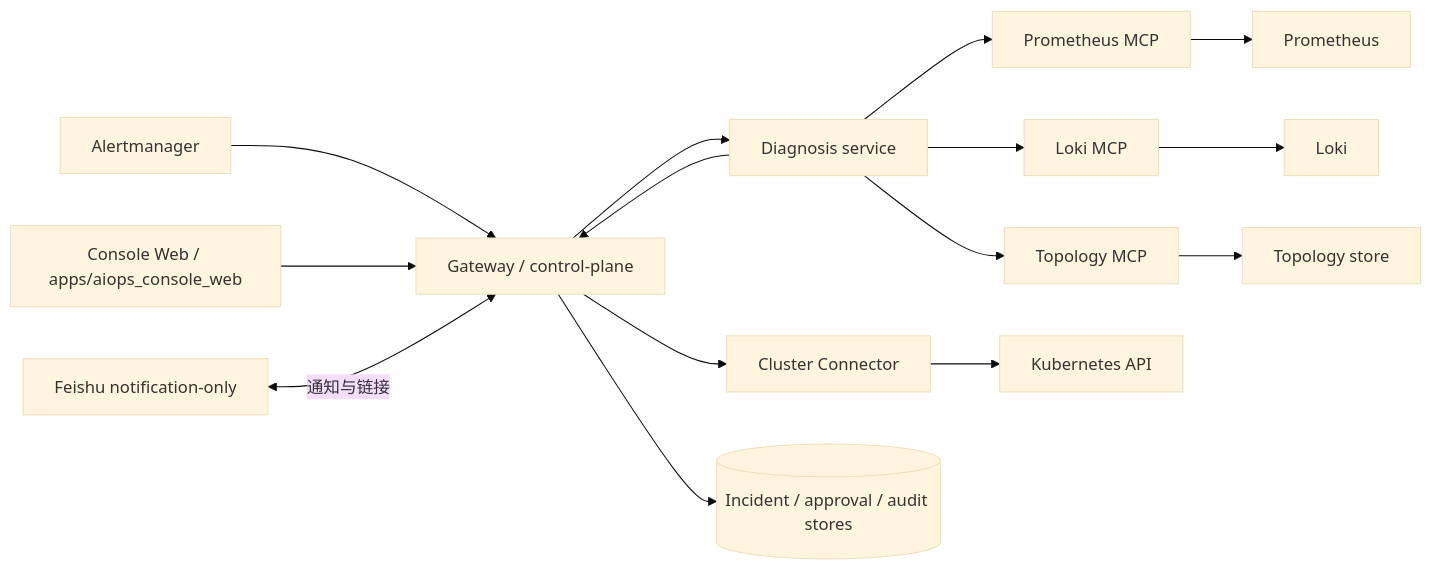
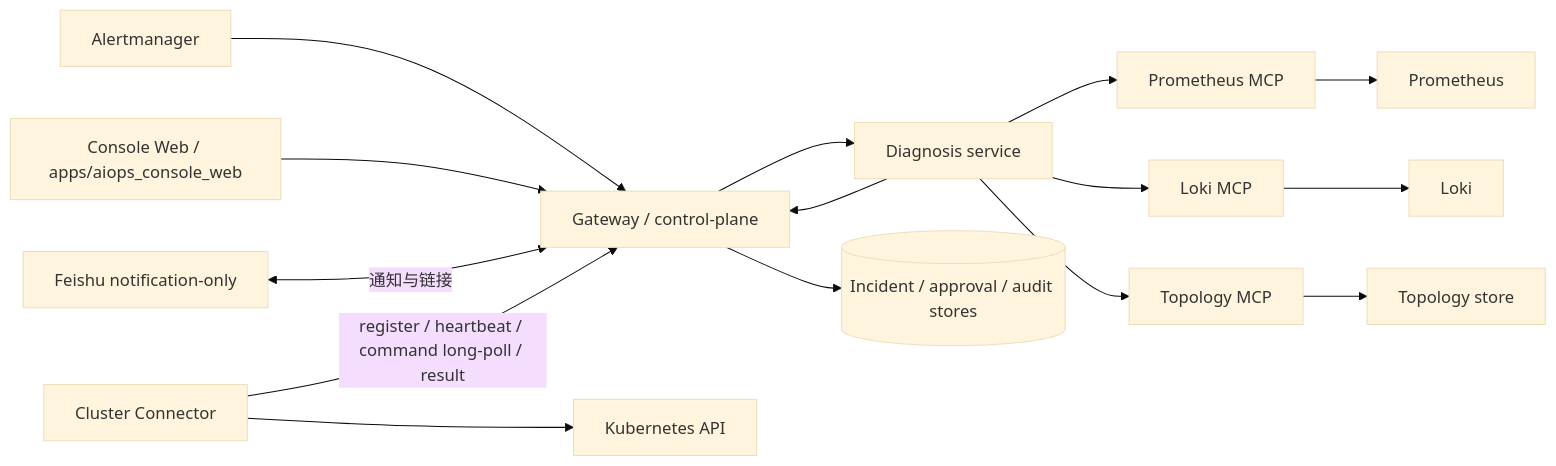
Before and after one commit to Timeless0927/AIops: the first of 5 diagrams in docs/architecture-diagrams.md, drawn with Mermaid (base theme). The commit also changed other lines of this file and 27 other files, not shown here.

````diff
--- a/docs/architecture-diagrams.md
+++ b/docs/architecture-diagrams.md
@@ -7,19 +7,19 @@
 ```mermaid
 flowchart LR
     Alertmanager[Alertmanager] --> Gateway[Gateway / control-plane]
     Console[Console Web / apps/aiops_console_web] --> Gateway
     Feishu[Feishu notification-only] <-->|通知与链接| Gateway
 
     Gateway --> Diagnosis[Diagnosis service]
-    Gateway --> Connector[Cluster Connector]
+    Connector[Cluster Connector] -->|register / heartbeat / command long-poll / result| Gateway
     Diagnosis --> Gateway
     Diagnosis --> PromMCP[Prometheus MCP]
     Diagnosis --> LokiMCP[Loki MCP]
     Diagnosis --> TopologyMCP[Topology MCP]
 
     Connector --> K8s[Kubernetes API]
     PromMCP --> Prometheus[Prometheus]
     LokiMCP --> Loki[Loki]
     TopologyMCP --> TopologyStore[Topology store]
     Gateway --> Stores[(Incident / approval / audit stores)]
 ```
````
